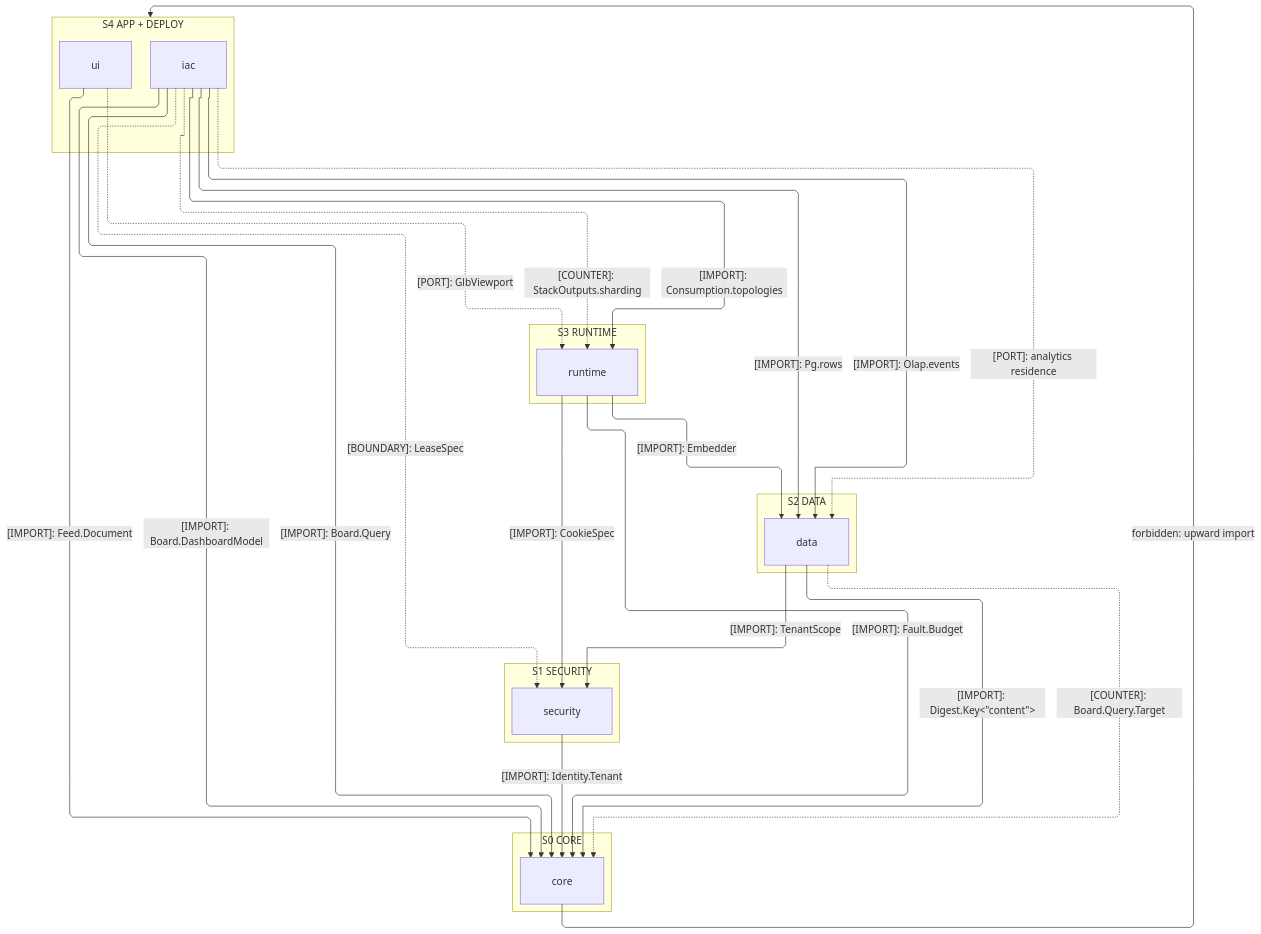
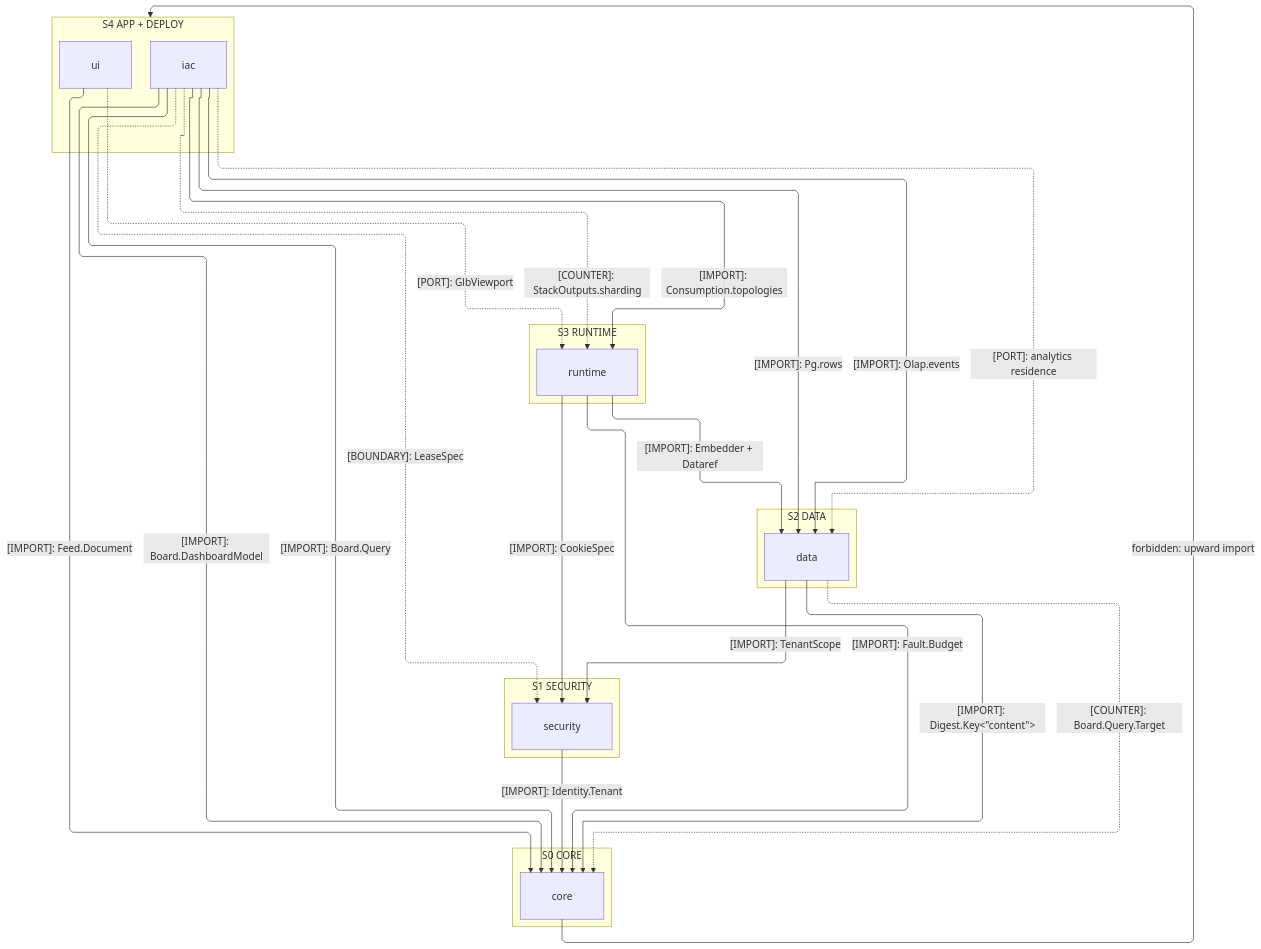
Before and after one commit to bsamiee/Rasm: the first of 4 diagrams in libs/typescript/.planning/ARCHITECTURE.md, drawn with Mermaid. The commit also changed other lines of this file and 820 other files, not shown here.

````diff
--- a/libs/typescript/.planning/ARCHITECTURE.md
+++ b/libs/typescript/.planning/ARCHITECTURE.md
@@ -28,46 +32,46 @@
 ```mermaid
 ---
 config:
   layout: elk
   flowchart:
     curve: linear
     padding: 25
 ---
 flowchart TB
     accTitle: TypeScript branch import strata
     accDescr: Import strata toward the core floor; dashed edges carry ports and counter-edge values rather than imports.
     subgraph S4["S4 APP + DEPLOY"]
         Ui[ui]
         Iac[iac]
     end
     subgraph S3["S3 RUNTIME"]
         Runtime[runtime]
     end
     subgraph S2["S2 DATA"]
         Data[data]
     end
     subgraph S1["S1 SECURITY"]
         Security[security]
     end
     subgraph S0["S0 CORE"]
         Core[core]
     end
     Ui e1@-->|"[IMPORT]: Feed.Document"| Core
     Ui e2@-.->|"[PORT]: GlbViewport"| Runtime
     Iac e3@-->|"[IMPORT]: Board.DashboardModel"| Core
     Iac e4@-->|"[IMPORT]: Board.Query"| Core
     Iac e5@-->|"[IMPORT]: Pg.rows"| Data
     Iac e17@-->|"[IMPORT]: Olap.events"| Data
     Iac e6@-->|"[IMPORT]: Consumption.topologies"| Runtime
     Iac e7@-.->|"[BOUNDARY]: LeaseSpec"| Security
     Iac e8@-.->|"[COUNTER]: StackOutputs.sharding"| Runtime
     Iac e9@-.->|"[PORT]: analytics residence"| Data
     Runtime e10@-->|"[IMPORT]: Fault.Budget"| Core
     Runtime e11@-->|"[IMPORT]: CookieSpec"| Security
-    Runtime e12@-->|"[IMPORT]: Embedder"| Data
+    Runtime e12@-->|"[IMPORT]: Embedder + Dataref"| Data
     Data e13@-->|"[IMPORT]: Digest.Key&lt;&quot;content&quot;&gt;"| Core
     Data e14@-->|"[IMPORT]: TenantScope"| Security
     Data e15@-.->|"[COUNTER]: Board.Query.Target"| Core
     Security e16@-->|"[IMPORT]: Identity.Tenant"| Core
     Core f1@-->|"forbidden: upward import"| S4
 ```
````
